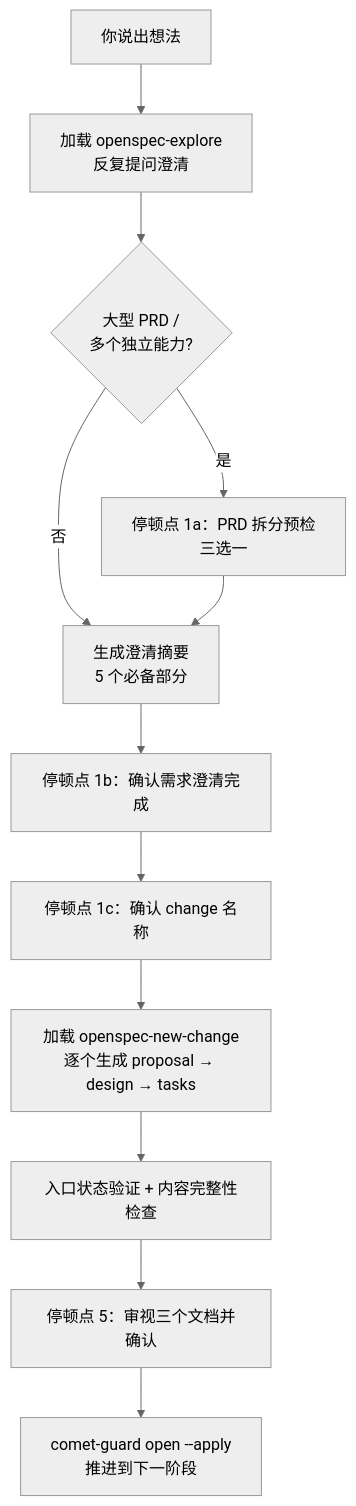
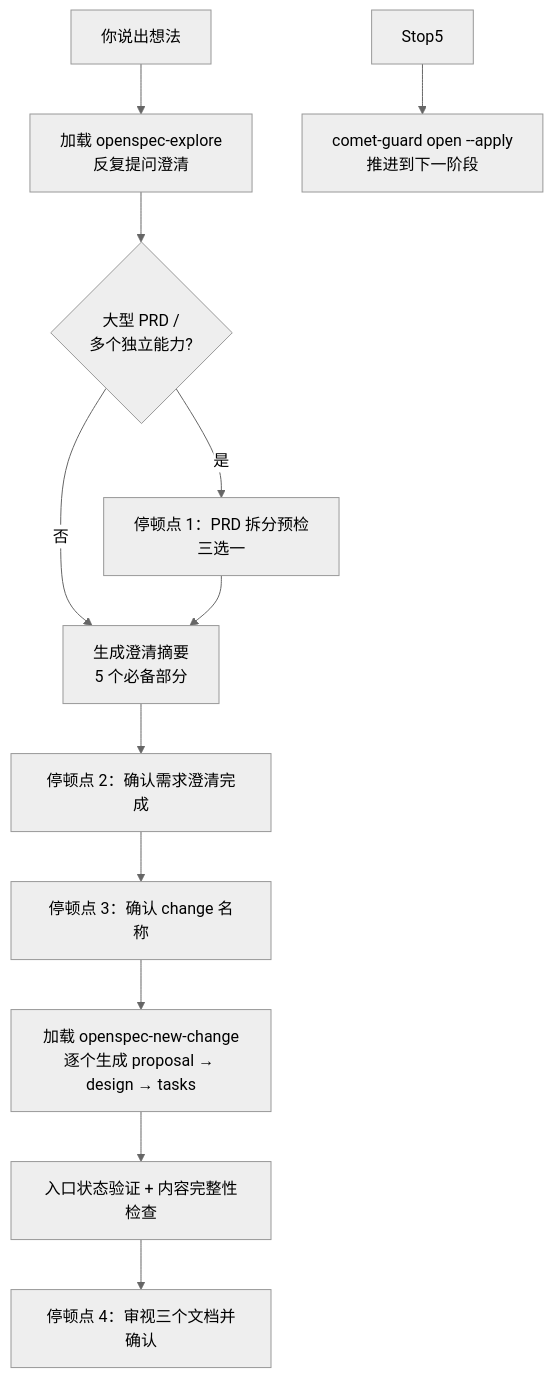
Before and after one commit to rpamis/comet-website-docs: the diagram in zh/phases/open.mdx, drawn with Mermaid (neutral theme). The commit also changed other lines of this file and 5 other files, not shown here.

````diff
--- a/zh/phases/open.mdx
+++ b/zh/phases/open.mdx
@@ -42,14 +42,14 @@
 ```mermaid
 flowchart TD
     Start["你说出想法"] --> S1["加载 openspec-explore<br/>反复提问澄清"]
     S1 --> S1a{"大型 PRD /<br/>多个独立能力?"}
-    S1a -->|是| Stop1a["停顿点 1a：PRD 拆分预检<br/>三选一"]
+    S1a -->|是| Stop1["停顿点 1：PRD 拆分预检<br/>三选一"]
     S1a -->|否| S1sum["生成澄清摘要<br/>5 个必备部分"]
-    Stop1a --> S1sum
-    S1sum --> Stop1b["停顿点 1b：确认需求澄清完成"]
-    Stop1b --> Stop1c["停顿点 1c：确认 change 名称"]
-    Stop1c --> S2["加载 openspec-new-change<br/>逐个生成 proposal → design → tasks"]
+    Stop1 --> S1sum
+    S1sum --> Stop2["停顿点 2：确认需求澄清完成"]
+    Stop2 --> Stop3["停顿点 3：确认 change 名称"]
+    Stop3 --> S2["加载 openspec-new-change<br/>逐个生成 proposal → design → tasks"]
     S2 --> S3["入口状态验证 + 内容完整性检查"]
-    S3 --> Stop5["停顿点 5：审视三个文档并确认"]
+    S3 --> Stop4["停顿点 4：审视三个文档并确认"]
     Stop5 --> Exit["comet-guard open --apply<br/>推进到下一阶段"]
 ```
````
